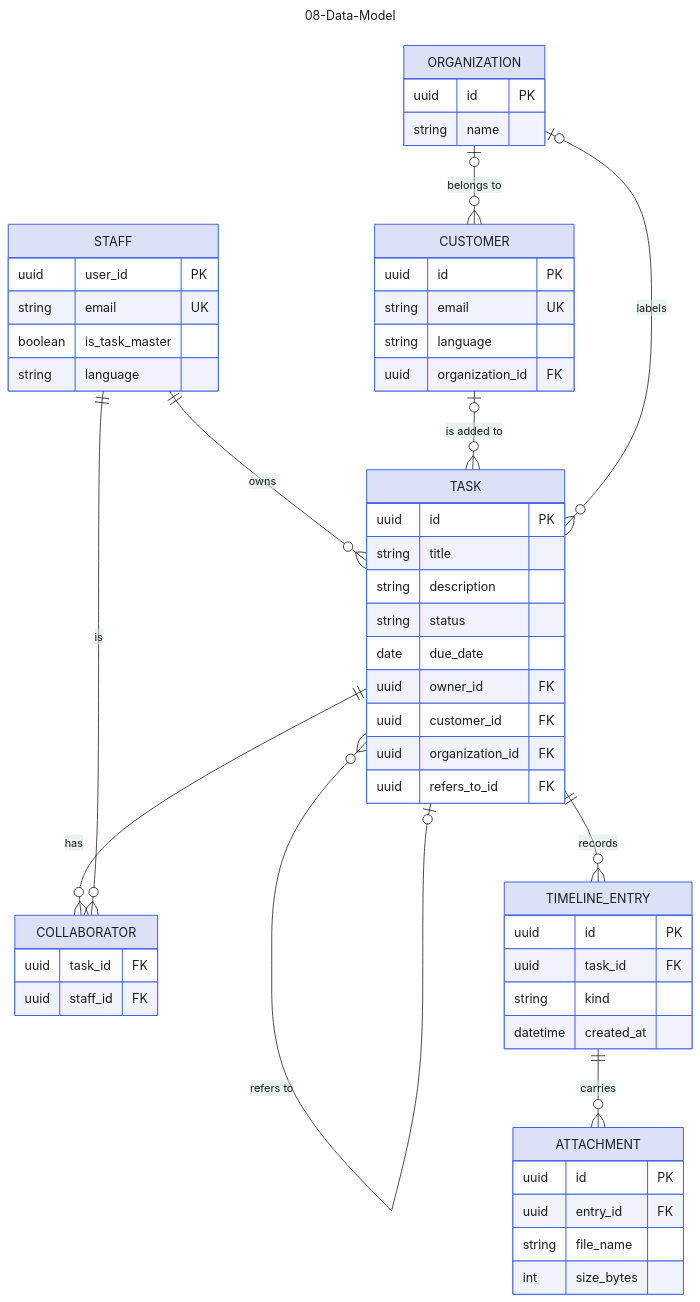
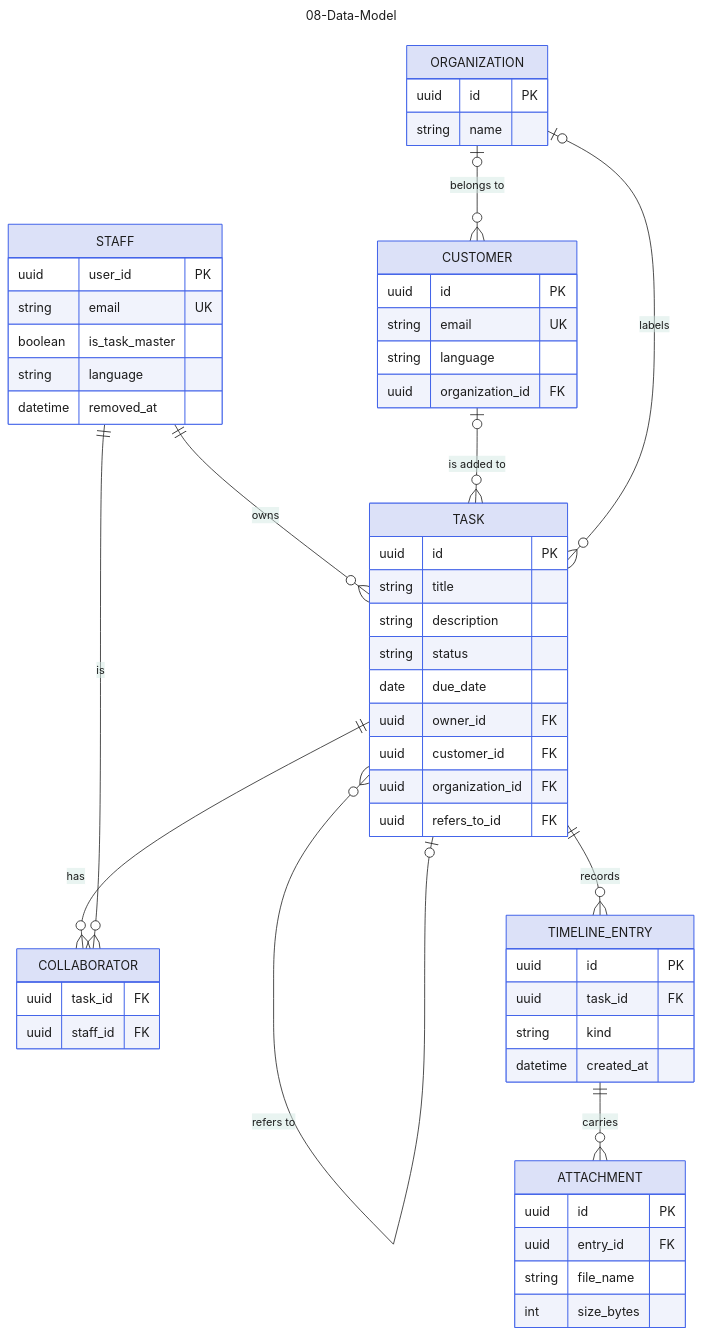
Before and after one commit to jedt3d/tasuku: the diagram in docs/diagram/08-Data-Model.md, drawn with Mermaid. The commit also changed 7 other files, not shown here.

First line of the commit message:
docs: sync diagrams with Staff administration (#3)

```diff
--- a/docs/diagram/08-Data-Model.md
+++ b/docs/diagram/08-Data-Model.md
@@ -82,6 +82,7 @@
     string email UK
     boolean is_task_master
     string language
+    datetime removed_at
   }
   CUSTOMER {
     uuid id PK
```
